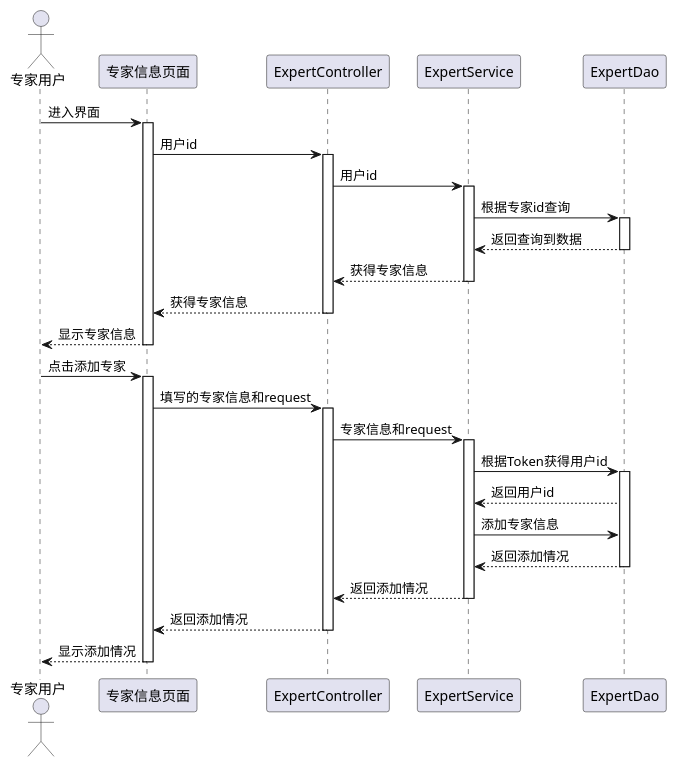
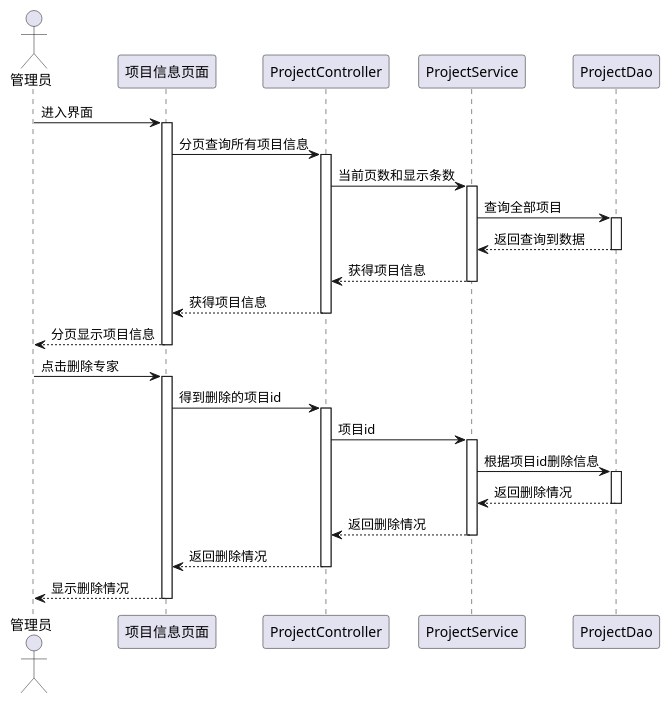
One commit to jinmingyong/expert_system changed the diagram in src/main/java/com/jin/expertsystem/expertsystem/管理员删除项目信息.puml. Above: the diagram before and after it, drawn with PlantUML. The commit also changed 13 other files, not shown here.

```diff
--- a/src/main/java/com/jin/expertsystem/expertsystem/管理员删除项目信息.puml
+++ b/src/main/java/com/jin/expertsystem/expertsystem/管理员删除项目信息.puml
@@ -1,42 +1,40 @@
 @startuml
-actor 专家用户
-participant 专家信息页面
-participant ExpertController
-participant ExpertService
-participant ExpertDao
-专家用户->专家信息页面:进入界面
-activate 专家信息页面
-专家信息页面->ExpertController:用户id
-activate ExpertController
-ExpertController->ExpertService:用户id
-activate ExpertService
-ExpertService->ExpertDao:根据专家id查询
-activate ExpertDao
-ExpertDao-->ExpertService:返回查询到数据
-deactivate ExpertDao
-ExpertService-->ExpertController:获得专家信息
-deactivate ExpertService
-ExpertController-->专家信息页面:获得专家信息
-deactivate ExpertController
-专家信息页面-->专家用户:显示专家信息
-deactivate 专家信息页面
+actor 管理员
+participant 项目信息页面
+participant ProjectController
+participant ProjectService
+participant ProjectDao
+管理员->项目信息页面:进入界面
+activate 项目信息页面
+项目信息页面->ProjectController:分页查询所有项目信息
+activate ProjectController
+ProjectController->ProjectService:当前页数和显示条数
+activate ProjectService
+ProjectService->ProjectDao:查询全部项目
+activate ProjectDao
+ProjectDao-->ProjectService:返回查询到数据
+deactivate ProjectDao
+ProjectService-->ProjectController:获得项目信息
+deactivate ProjectService
+ProjectController-->项目信息页面:获得项目信息
+deactivate ProjectController
+项目信息页面-->管理员:分页显示项目信息
+deactivate 项目信息页面
 
-专家用户->专家信息页面:点击添加专家
-activate 专家信息页面
-专家信息页面->ExpertController:填写的专家信息和request
-activate ExpertController
-ExpertController->ExpertService:专家信息和request
-activate ExpertService
-ExpertService->ExpertDao:根据Token获得用户id
-activate ExpertDao
-ExpertDao-->ExpertService:返回用户id
-ExpertService->ExpertDao:添加专家信息
-ExpertDao-->ExpertService:返回添加情况
-deactivate ExpertDao
-ExpertService-->ExpertController:返回添加情况
-deactivate ExpertService
-ExpertController-->专家信息页面:返回添加情况
-deactivate ExpertController
-专家信息页面-->专家用户:显示添加情况
-deactivate 专家信息页面
+管理员->项目信息页面:点击删除专家
+activate 项目信息页面
+项目信息页面->ProjectController:得到删除的项目id
+activate ProjectController
+ProjectController->ProjectService:项目id
+activate ProjectService
+ProjectService->ProjectDao:根据项目id删除信息
+activate ProjectDao
+ProjectDao-->ProjectService:返回删除情况
+deactivate ProjectDao
+ProjectService-->ProjectController:返回删除情况
+deactivate ProjectService
+ProjectController-->项目信息页面:返回删除情况
+deactivate ProjectController
+项目信息页面-->管理员:显示删除情况
+deactivate 项目信息页面
 @enduml
```
